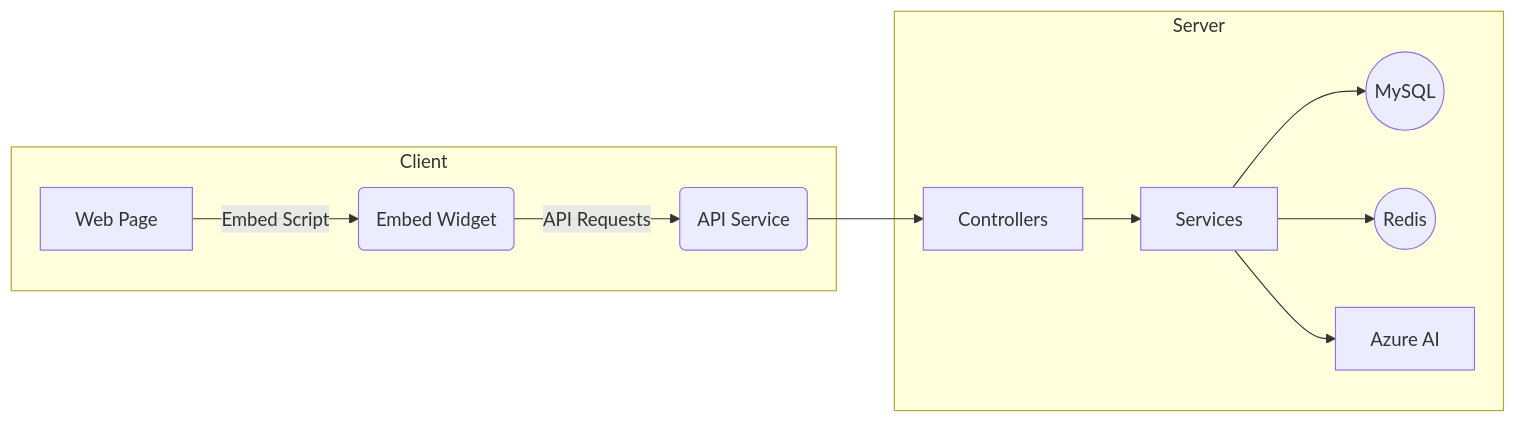
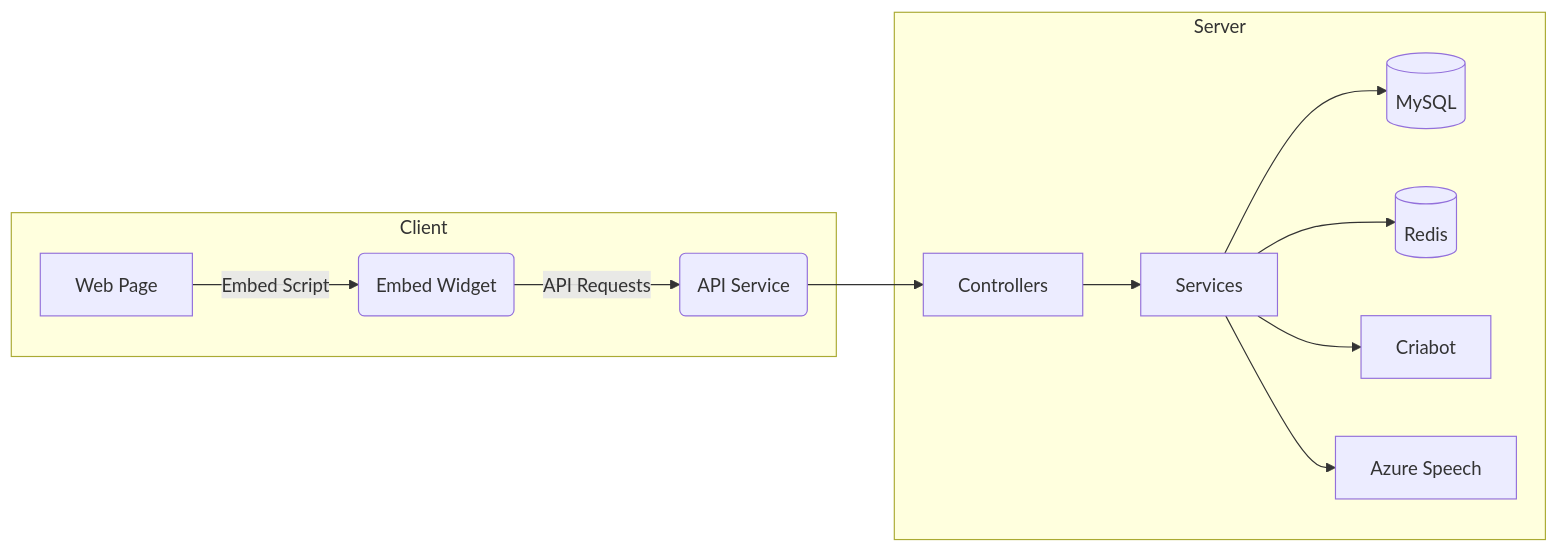
One commit to YorkUITInnovation/CriaEmbed changed the first of 2 diagrams in ARCHITECTURE.md. Above: the diagram before and after it, drawn with Mermaid. The commit also changed other lines of this file and 3 other files, not shown here.

Commit message:
docs: sync API and architecture docs with current codebase

````diff
--- a/ARCHITECTURE.md
+++ b/ARCHITECTURE.md
@@ -43,14 +37,15 @@
 ```mermaid
 flowchart LR
   subgraph Client
     A[Web Page] -->|Embed Script| B(Embed Widget)
     B -->|API Requests| C(API Service)
   end
   subgraph Server
     C --> D[Controllers]
     D --> E[Services]
-    E --> F((MySQL))
-    E --> G((Redis))
-    E --> H[Azure AI]
+    E --> F[(MySQL)]
+    E --> G[(Redis)]
+    E --> CB[Criabot]
+    E --> S[Azure Speech]
   end
 ```
````
